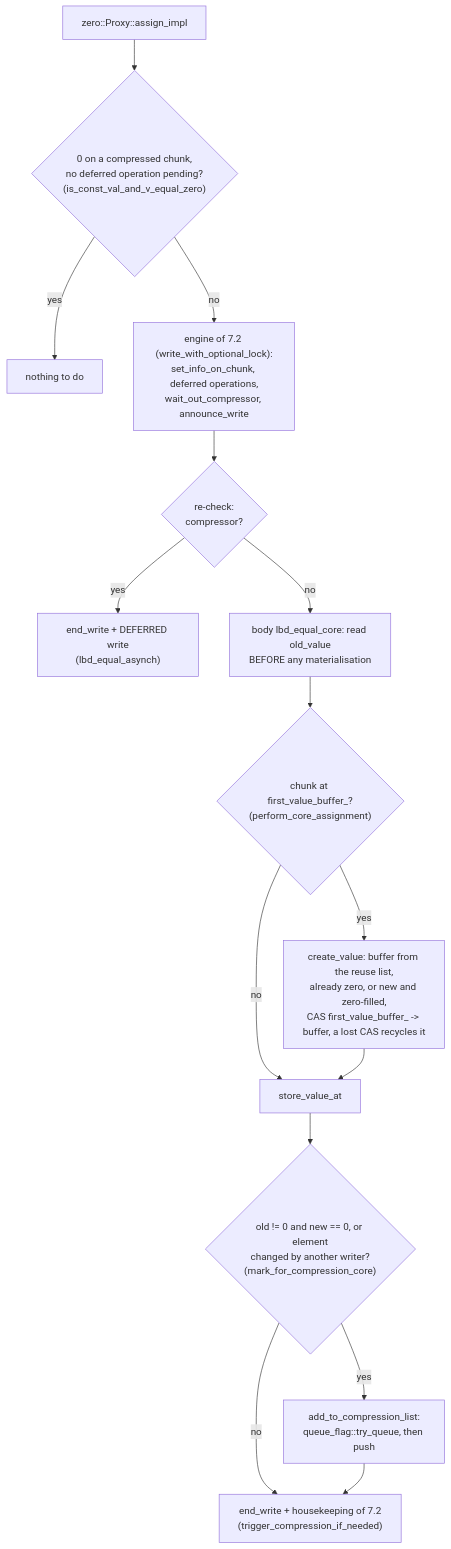
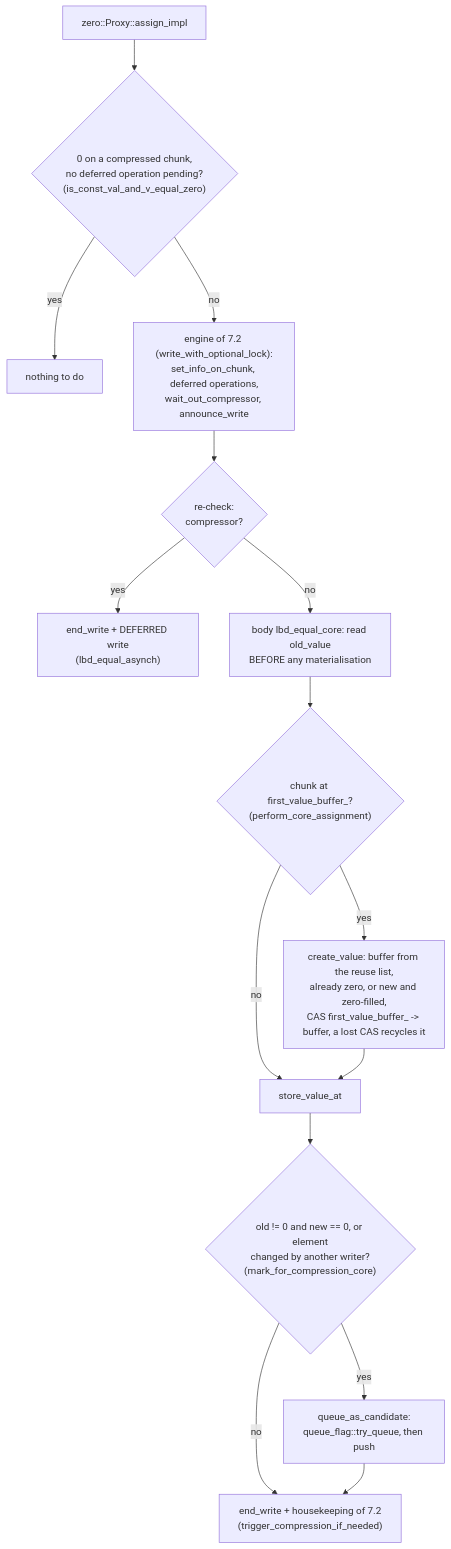
Before and after one commit to cea-hpc/shrink-array: the first of 2 diagrams in docs/algo_zero.md, drawn with Mermaid. The commit also changed other lines of this file and 71 other files, not shown here.

````diff
--- a/docs/algo_zero.md
+++ b/docs/algo_zero.md
@@ -59,17 +59,17 @@
 ```mermaid
 flowchart TD
     A["zero::Proxy::assign_impl"] --> B{"0 on a compressed chunk,<br/>no deferred operation pending?<br/>(is_const_val_and_v_equal_zero)"}
     B -->|yes| B1["nothing to do"]
     B -->|no| C["engine of 7.2 (write_with_optional_lock):<br/>set_info_on_chunk, deferred operations,<br/>wait_out_compressor, announce_write"]
     C --> D{"re-check:<br/>compressor?"}
     D -->|yes| D1["end_write + DEFERRED write<br/>(lbd_equal_asynch)"]
     D -->|no| E["body lbd_equal_core: read old_value<br/>BEFORE any materialisation"]
     E --> F{"chunk at first_value_buffer_?<br/>(perform_core_assignment)"}
     F -->|yes| G["create_value: buffer from the reuse list,<br/>already zero, or new and zero-filled,<br/>CAS first_value_buffer_ -> buffer, a lost CAS recycles it"]
     F -->|no| H
     G --> H["store_value_at"]
     H --> I{"old != 0 and new == 0, or element<br/>changed by another writer?<br/>(mark_for_compression_core)"}
-    I -->|yes| J["add_to_compression_list:<br/>queue_flag::try_queue, then push"]
+    I -->|yes| J["queue_as_candidate:<br/>queue_flag::try_queue, then push"]
     I -->|no| K
     J --> K["end_write + housekeeping of 7.2<br/>(trigger_compression_if_needed)"]
 ```
````
